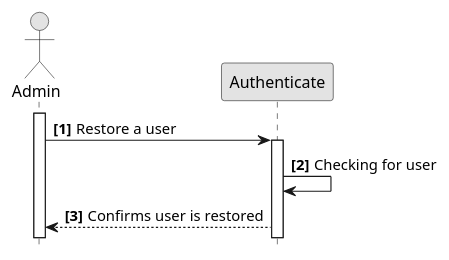
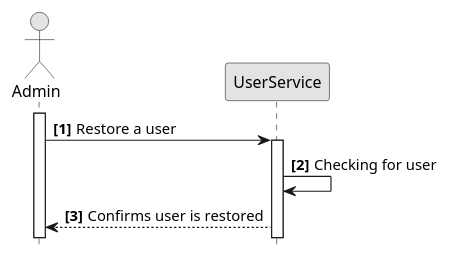
Before and after one commit to converge-app/diagrams: the diagram in src/software-architecture/sequence/cloud-native-tooling/restore-user.pu, drawn with PlantUML. The commit also changed 2 other files, not shown here.

Commit message:
added diagrams

```diff
--- a/src/software-architecture/sequence/cloud-native-tooling/restore-user.pu
+++ b/src/software-architecture/sequence/cloud-native-tooling/restore-user.pu
@@ -1,17 +1,17 @@
 @startuml
 hide footbox
 autonumber "<b>[0]"
 skinparam monochrome true
 
 actor Admin
-participant Authenticate
+participant UserService
 
 activate Admin
-Admin -> Authenticate: Restore a user
+Admin -> UserService: Restore a user
 
-activate Authenticate
-Authenticate -> Authenticate: Checking for user
-Authenticate --> Admin: Confirms user is restored
+activate UserService
+UserService -> UserService: Checking for user
+UserService --> Admin: Confirms user is restored
 
 
 @enduml
```
